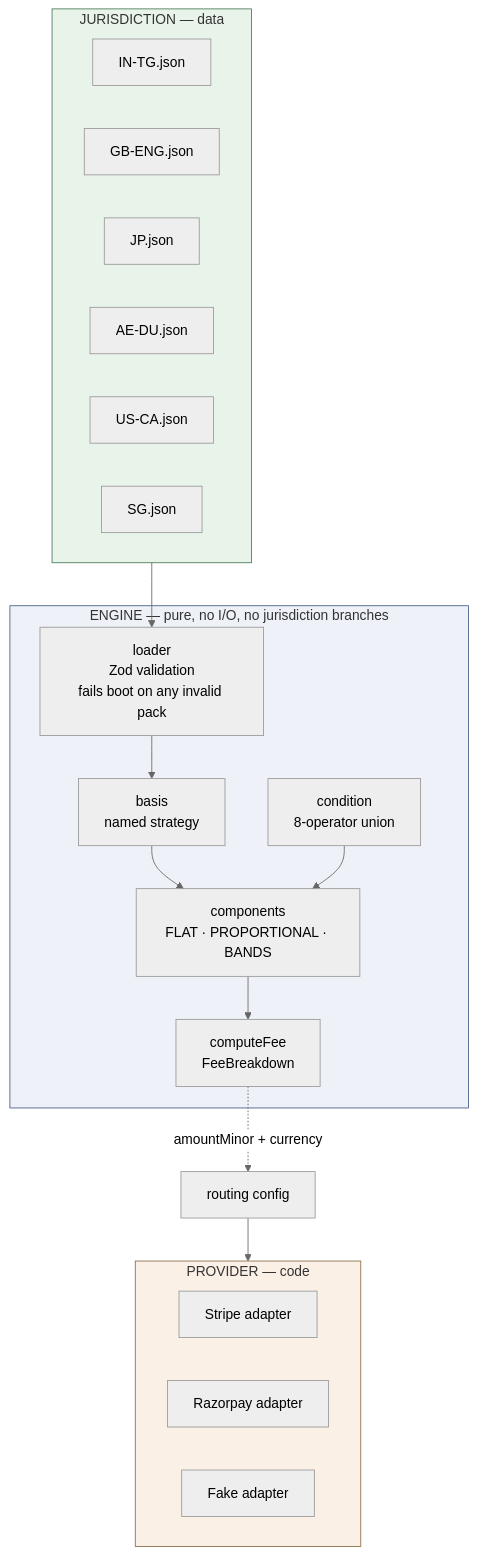
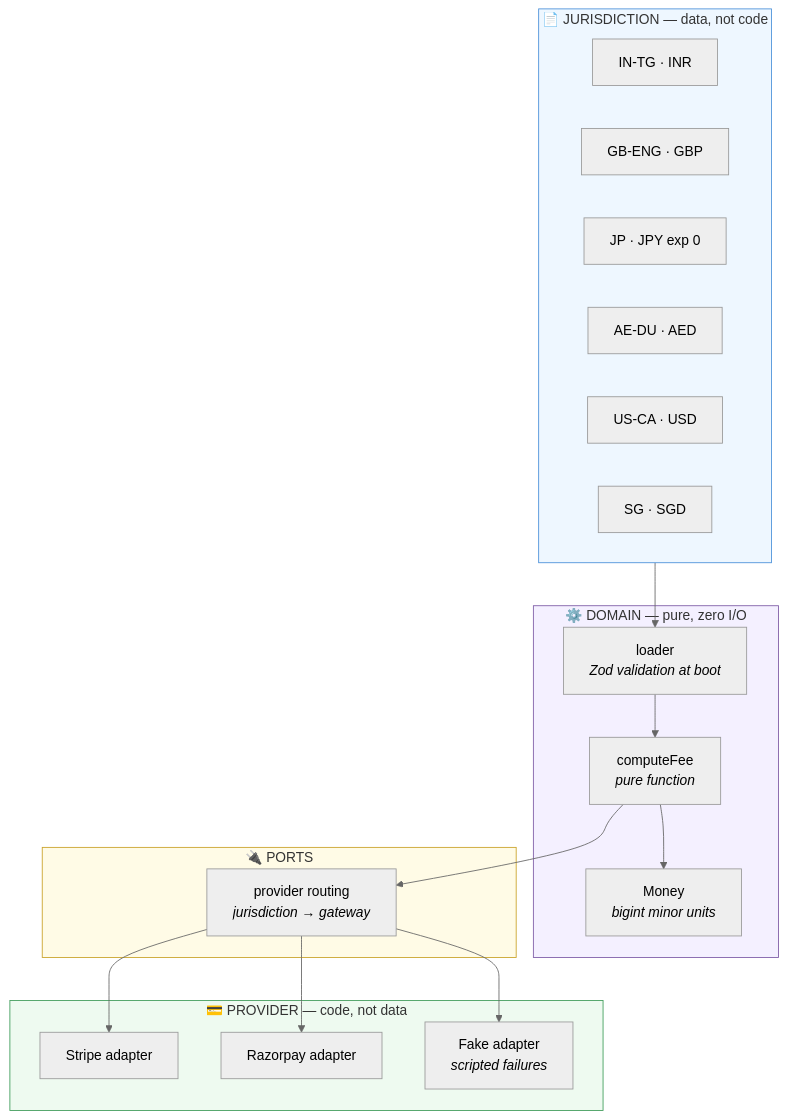
Before and after one commit to allubalu/registry-payments: the first of 3 diagrams in README.md, drawn with Mermaid (neutral theme). The commit also changed other lines of this file and 6 other files, not shown here.

````diff
--- a/README.md
+++ b/README.md
@@ -140,36 +69,37 @@
 ```mermaid
 flowchart TB
-    subgraph data["JURISDICTION — data"]
-        P1[IN-TG.json]
-        P2[GB-ENG.json]
-        P3[JP.json]
-        P4[AE-DU.json]
-        P5[US-CA.json]
-        P6[SG.json]
+    subgraph DATA["📄 JURISDICTION — data, not code"]
+        P1["IN-TG · INR"]
+        P2["GB-ENG · GBP"]
+        P3["JP · JPY exp 0"]
+        P4["AE-DU · AED"]
+        P5["US-CA · USD"]
+        P6["SG · SGD"]
     end
 
-    subgraph engine["ENGINE — pure, no I/O, no jurisdiction branches"]
-        L[loader<br/>Zod validation<br/>fails boot on any invalid pack]
-        B[basis<br/>named strategy]
-        C[condition<br/>8-operator union]
-        K[components<br/>FLAT · PROPORTIONAL · BANDS]
-        F[computeFee<br/>FeeBreakdown]
-        L --> B --> K
-        C --> K
-        K --> F
+    subgraph DOMAIN["⚙️ DOMAIN — pure, zero I/O"]
+        LOADER["loader<br/><i>Zod validation at boot</i>"]
+        COMPUTE["computeFee<br/><i>pure function</i>"]
+        MONEY["Money<br/><i>bigint minor units</i>"]
     end
 
-    subgraph code["PROVIDER — code"]
-        A1[Stripe adapter]
-        A2[Razorpay adapter]
-        A3[Fake adapter]
+    subgraph PORTS["🔌 PORTS"]
+        ROUTE["provider routing<br/><i>jurisdiction → gateway</i>"]
     end
 
-    data --> L
-    F -.->|"amountMinor + currency"| R[routing config]
-    R --> code
+    subgraph CODE["💳 PROVIDER — code, not data"]
+        STRIPE["Stripe adapter"]
+        RZP["Razorpay adapter"]
+        FAKE["Fake adapter<br/><i>scripted failures</i>"]
+    end
 
-    style data fill:#e8f4ea,stroke:#4a7c59
-    style engine fill:#eef1f8,stroke:#4a5c8c
-    style code fill:#faf0e6,stroke:#8c6d4a
+    DATA --> LOADER --> COMPUTE
+    COMPUTE --> MONEY
+    COMPUTE --> ROUTE
+    ROUTE --> STRIPE & RZP & FAKE
+
+    style DATA fill:#eef7ff,stroke:#4a90d9
+    style DOMAIN fill:#f4f0ff,stroke:#7d5ba6
+    style PORTS fill:#fffbe6,stroke:#c9a227
+    style CODE fill:#eefaf0,stroke:#3f9c5a
 ```
````
